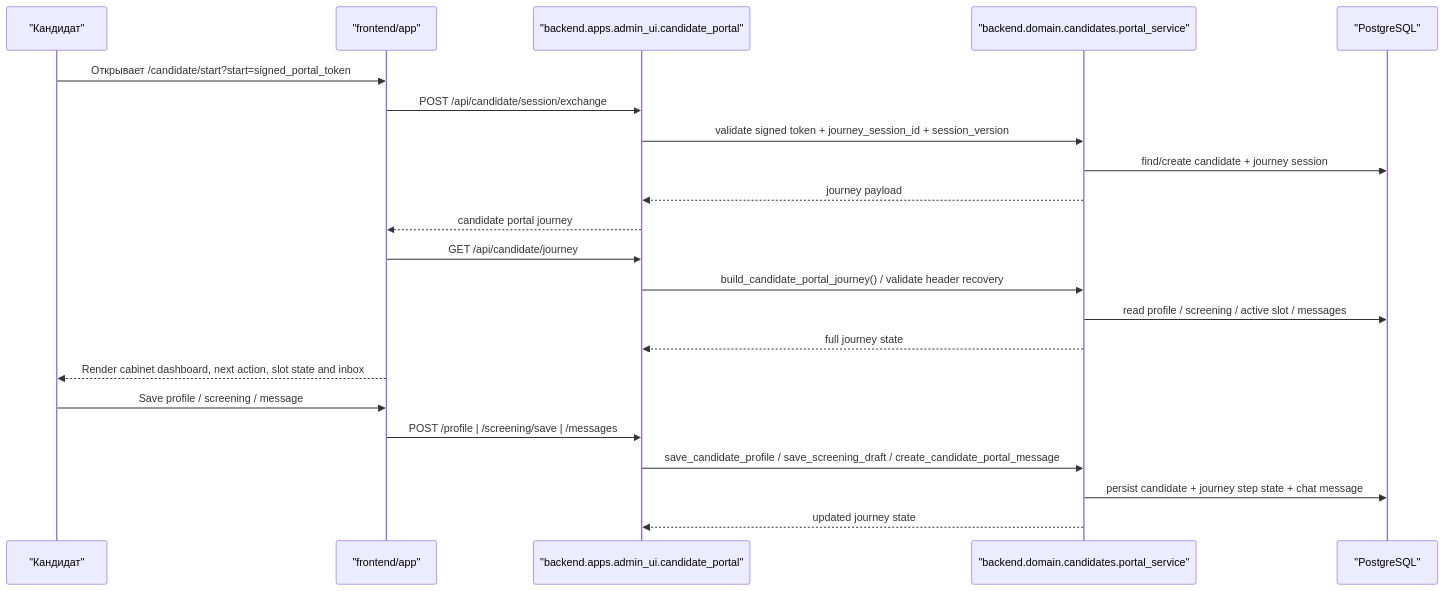
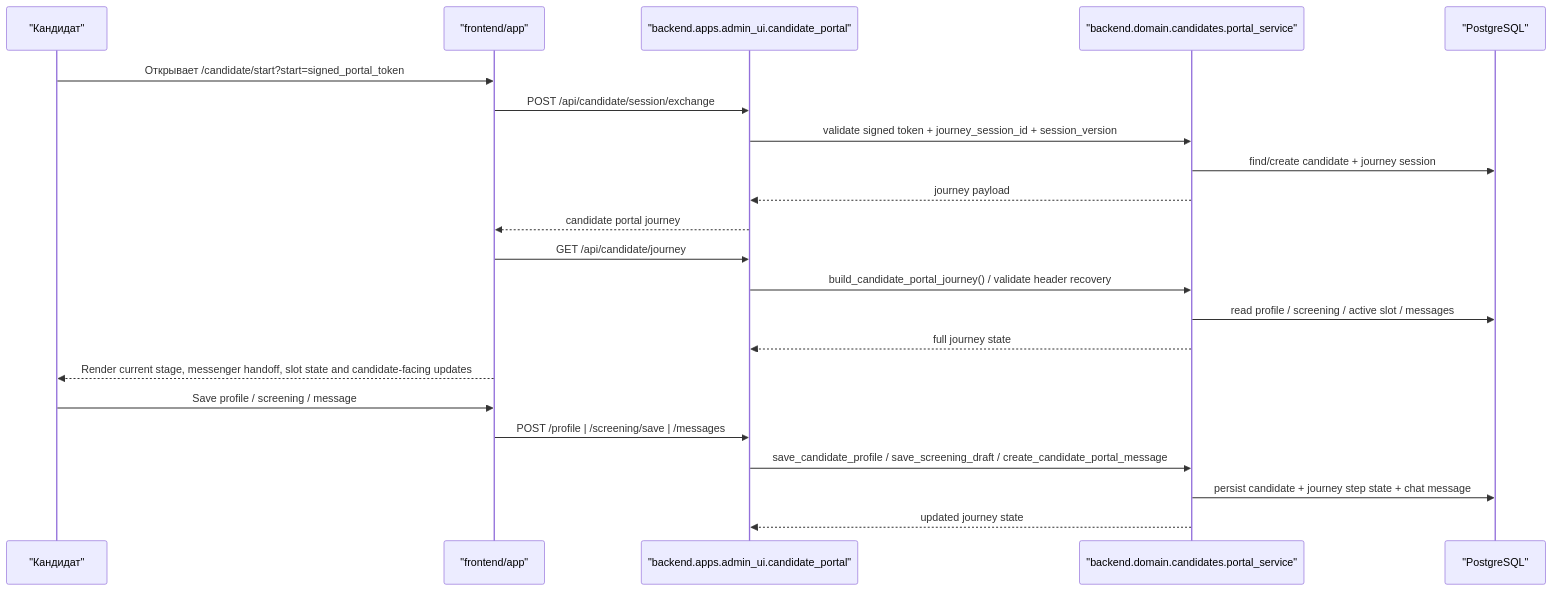
One commit to padka/HR changed the first of 12 diagrams in docs/architecture/core-workflows.md. Above: the diagram before and after it, drawn with Mermaid. The commit also changed other lines of this file and 136 other files, not shown here.

````diff
--- a/docs/architecture/core-workflows.md
+++ b/docs/architecture/core-workflows.md
@@ -42,25 +42,25 @@
 ```mermaid
 sequenceDiagram
     participant C as "Кандидат"
     participant UI as "frontend/app"
     participant UIAPI as "backend.apps.admin_ui.candidate_portal"
     participant DOM as "backend.domain.candidates.portal_service"
     participant DB as "PostgreSQL"
 
     C->>UI: Открывает /candidate/start?start=signed_portal_token
     UI->>UIAPI: POST /api/candidate/session/exchange
     UIAPI->>DOM: validate signed token + journey_session_id + session_version
     DOM->>DB: find/create candidate + journey session
     DOM-->>UIAPI: journey payload
     UIAPI-->>UI: candidate portal journey
     UI->>UIAPI: GET /api/candidate/journey
     UIAPI->>DOM: build_candidate_portal_journey() / validate header recovery
     DOM->>DB: read profile / screening / active slot / messages
     DOM-->>UIAPI: full journey state
-    UI-->>C: Render cabinet dashboard, next action, slot state and inbox
+    UI-->>C: Render current stage, messenger handoff, slot state and candidate-facing updates
     C->>UI: Save profile / screening / message
     UI->>UIAPI: POST /profile | /screening/save | /messages
     UIAPI->>DOM: save_candidate_profile / save_screening_draft / create_candidate_portal_message
     DOM->>DB: persist candidate + journey step state + chat message
     DOM-->>UIAPI: updated journey state
 ```
````
